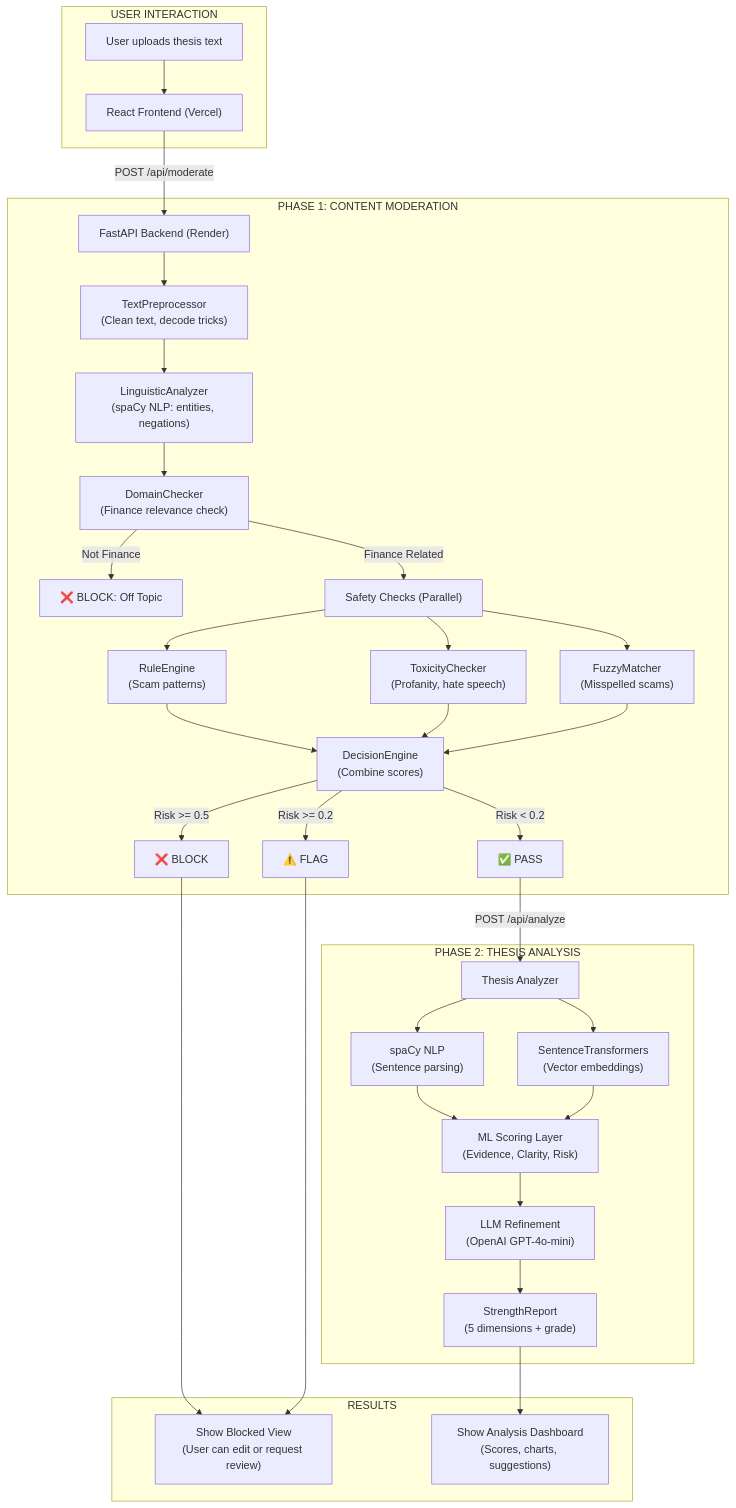
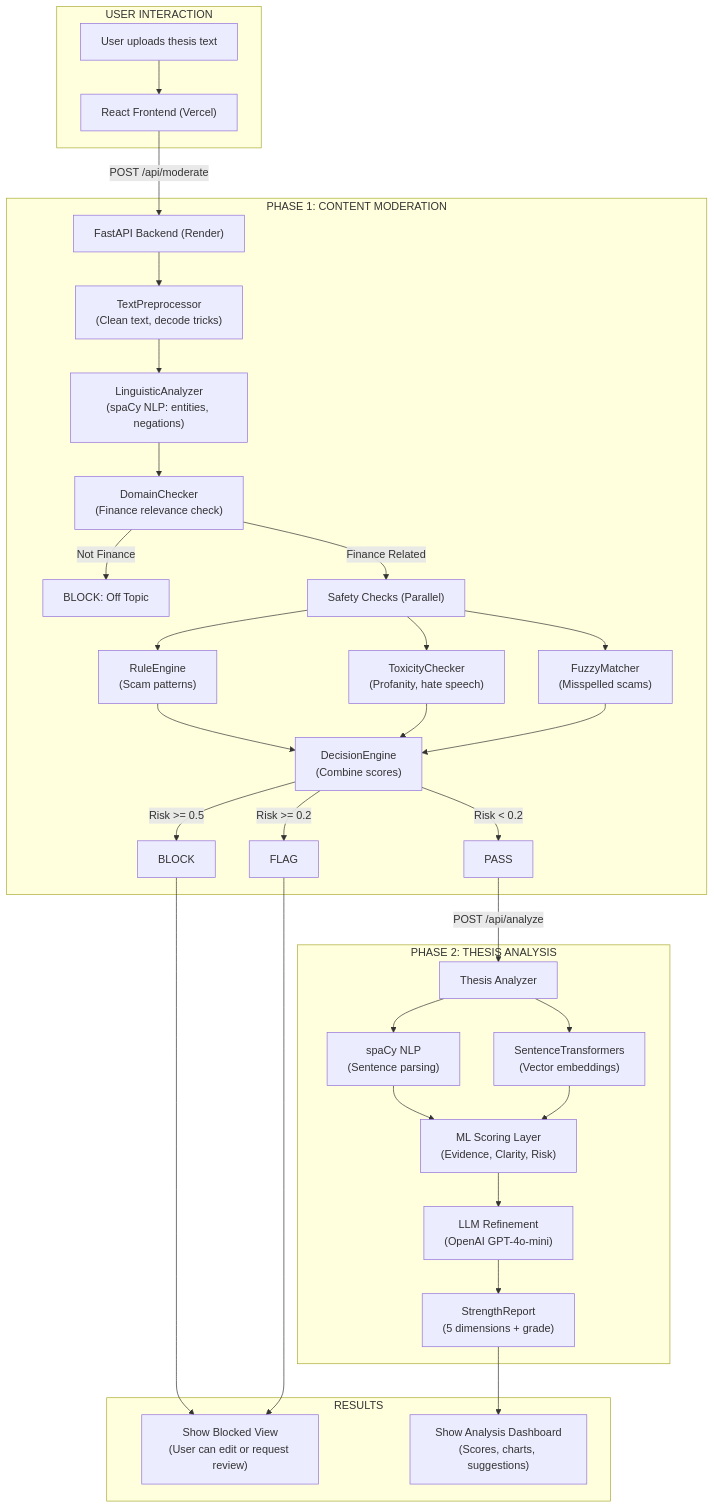
Before and after one commit to shilpgohil/Content_moderation_for_Thesis: the first of 2 diagrams in DOCUMENTATION.md, drawn with Mermaid. The commit also changed other lines of this file, not shown here.

````diff
--- a/DOCUMENTATION.md
+++ b/DOCUMENTATION.md
@@ -27,47 +27,47 @@
 ```mermaid
 graph TD
     subgraph "USER INTERACTION"
         A["User uploads thesis text"] --> B["React Frontend (Vercel)"]
     end
 
     subgraph "PHASE 1: CONTENT MODERATION"
         B -->|"POST /api/moderate"| C["FastAPI Backend (Render)"]
         C --> D["TextPreprocessor<br/>(Clean text, decode tricks)"]
         D --> E["LinguisticAnalyzer<br/>(spaCy NLP: entities, negations)"]
         E --> F["DomainChecker<br/>(Finance relevance check)"]
         
-        F -->|"Not Finance"| G["❌ BLOCK: Off Topic"]
+        F -->|"Not Finance"| G["BLOCK: Off Topic"]
         F -->|"Finance Related"| H["Safety Checks (Parallel)"]
         
         H --> I["RuleEngine<br/>(Scam patterns)"]
         H --> J["ToxicityChecker<br/>(Profanity, hate speech)"]
         H --> K["FuzzyMatcher<br/>(Misspelled scams)"]
         
         I --> L["DecisionEngine<br/>(Combine scores)"]
         J --> L
         K --> L
         
-        L -->|"Risk >= 0.5"| M["❌ BLOCK"]
-        L -->|"Risk >= 0.2"| N["⚠️ FLAG"]
-        L -->|"Risk < 0.2"| O["✅ PASS"]
+        L -->|"Risk >= 0.5"| M["BLOCK"]
+        L -->|"Risk >= 0.2"| N["FLAG"]
+        L -->|"Risk < 0.2"| O["PASS"]
     end
 
     subgraph "PHASE 2: THESIS ANALYSIS"
         O -->|"POST /api/analyze"| P["Thesis Analyzer"]
         
         P --> Q["spaCy NLP<br/>(Sentence parsing)"]
         P --> R["SentenceTransformers<br/>(Vector embeddings)"]
         
         Q --> S["ML Scoring Layer<br/>(Evidence, Clarity, Risk)"]
         R --> S
         
         S --> T["LLM Refinement<br/>(OpenAI GPT-4o-mini)"]
         T --> U["StrengthReport<br/>(5 dimensions + grade)"]
     end
 
     subgraph "RESULTS"
         M --> V["Show Blocked View<br/>(User can edit or request review)"]
         N --> V
         U --> W["Show Analysis Dashboard<br/>(Scores, charts, suggestions)"]
     end
 ```
````
